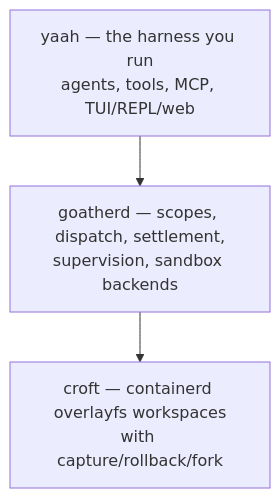
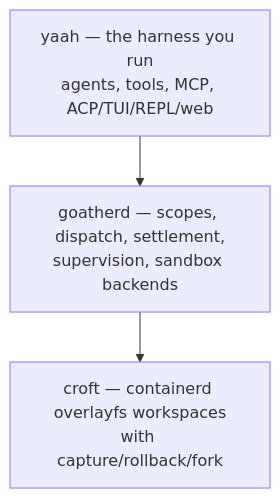
Before and after one commit to goatherdai/.github: the diagram in profile/README.md, drawn with Mermaid.

````diff
--- a/profile/README.md
+++ b/profile/README.md
@@ -35,8 +35,8 @@
 ```mermaid
 flowchart TD
-    yaah["yaah — the harness you run<br/>agents, tools, MCP, TUI/REPL/web"]
+    yaah["yaah — the harness you run<br/>agents, tools, MCP, ACP/TUI/REPL/web"]
     goatherd["goatherd — scopes, dispatch, settlement,<br/>supervision, sandbox backends"]
     croft["croft — containerd overlayfs workspaces<br/>with capture/rollback/fork"]
 
     yaah --> goatherd --> croft
 ```
````
